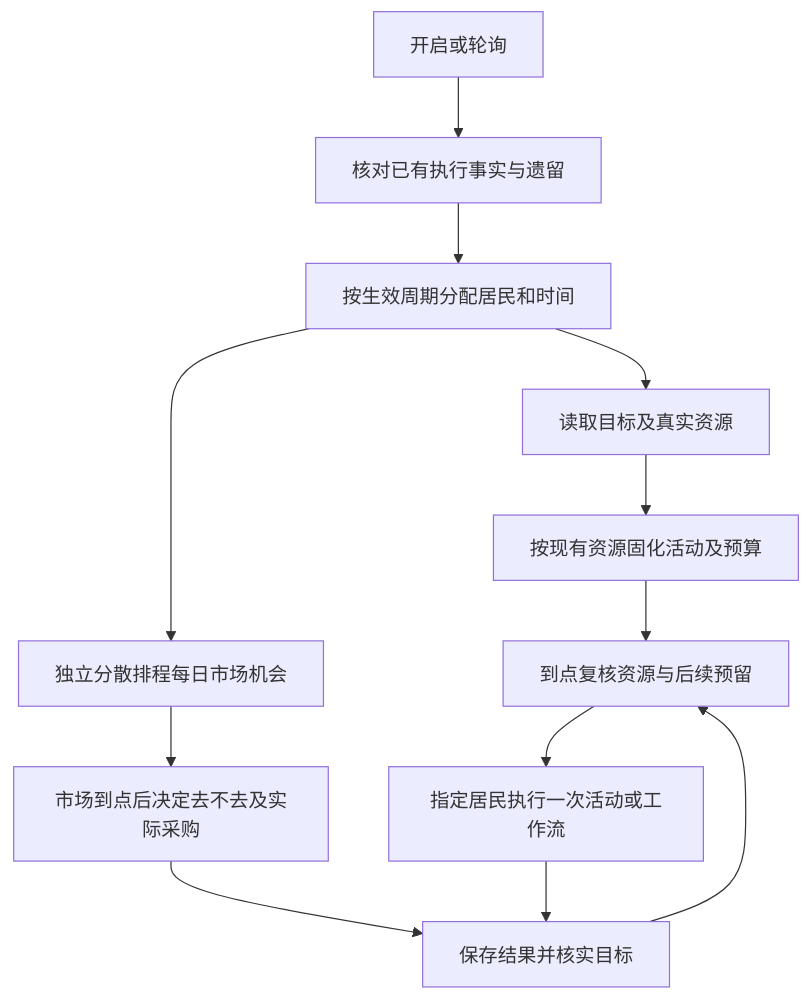
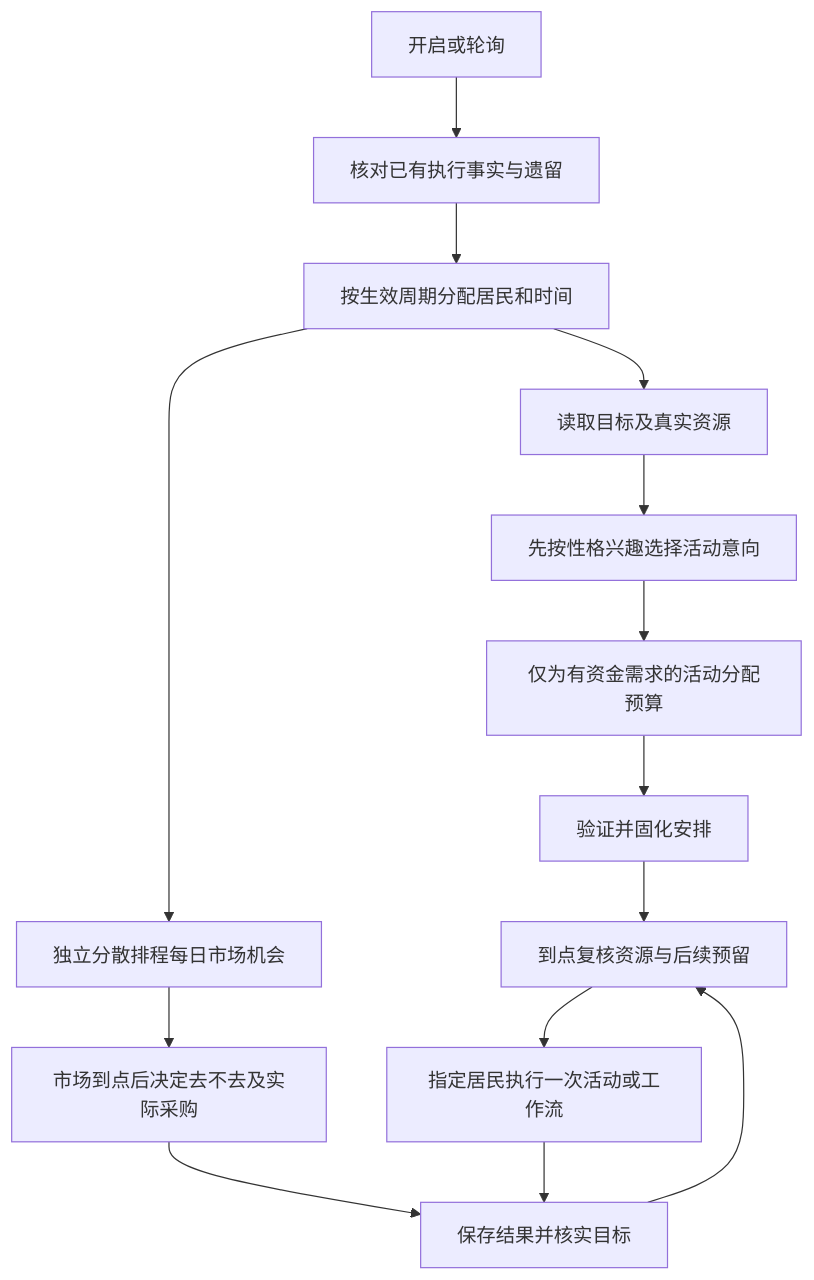
Before and after one commit to TangerineSpecter/O-Doc: the first of 5 diagrams in docs/agents/Agent世界统一生活执行说明.md, drawn with Mermaid. The commit also changed other lines of this file and 84 other files, not shown here.

````diff
--- a/docs/agents/Agent世界统一生活执行说明.md
+++ b/docs/agents/Agent世界统一生活执行说明.md
@@ -11,14 +11,16 @@
 ```mermaid
 flowchart TD
     A[开启或轮询] --> B[核对已有执行事实与遗留]
     B --> C[按生效周期分配居民和时间]
     C --> D[读取目标及真实资源]
-    D --> F[按现有资源固化活动及预算]
+    D --> S[先按性格兴趣选择活动意向]
+    S --> B1[仅为有资金需求的活动分配预算]
+    B1 --> F[验证并固化安排]
     C --> E[独立分散排程每日市场机会]
     E --> M[市场到点后决定去不去及实际采购]
     M --> I
     F --> G[到点复核资源与后续预留]
     G --> H[指定居民执行一次活动或工作流]
     H --> I[保存结果并核实目标]
     I --> G
 ```
````
